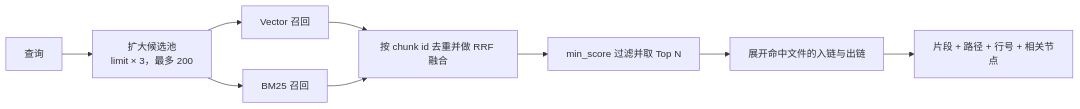
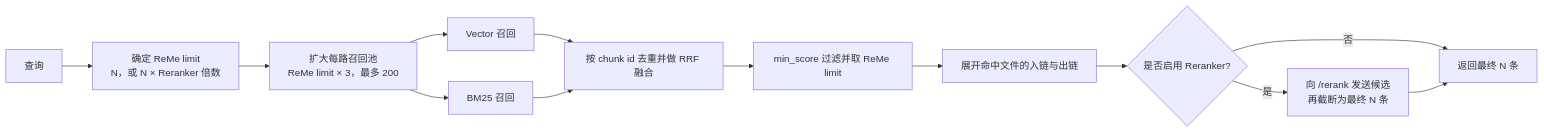
Before and after one commit to agentscope-ai/QwenPaw: the fifth of 5 diagrams in website/public/docs/memory.zh.md, drawn with Mermaid. The commit also changed other lines of this file and 7 other files, not shown here.

````diff
--- a/website/public/docs/memory.zh.md
+++ b/website/public/docs/memory.zh.md
@@ -314,11 +326,15 @@
 ```mermaid
 flowchart LR
-    A[查询] --> B[扩大候选池<br/>limit × 3，最多 200]
-    B --> C[Vector 召回]
-    B --> D[BM25 召回]
+    A[查询] --> B[确定 ReMe limit<br/>N，或 N × Reranker 倍数]
+    B --> C0[扩大每路召回池<br/>ReMe limit × 3，最多 200]
+    C0 --> C[Vector 召回]
+    C0 --> D[BM25 召回]
     C --> E[按 chunk id 去重并做 RRF 融合]
     D --> E
-    E --> F[min_score 过滤并取 Top N]
+    E --> F[min_score 过滤并取 ReMe limit]
     F --> G[展开命中文件的入链与出链]
-    G --> H[片段 + 路径 + 行号 + 相关节点]
+    G --> R{是否启用 Reranker?}
+    R -->|是| RR[向 /rerank 发送候选<br/>再截断为最终 N 条]
+    R -->|否| H[返回最终 N 条]
+    RR --> H
 ```
````
